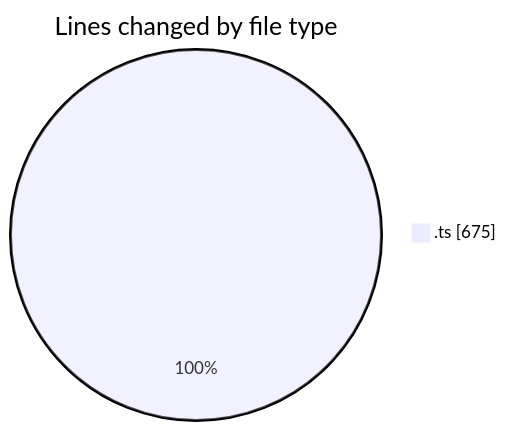
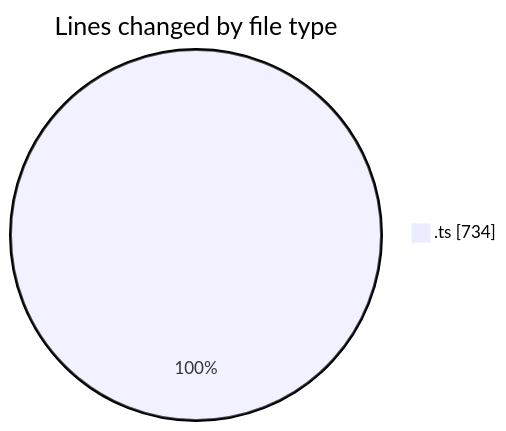
Before and after one commit to yexinjia/code-tracking: the first of 2 diagrams in 2026-07-21/repo-copilot/README.md, drawn with Mermaid. The commit also changed other lines of this file and 1 other file, not shown here.

````diff
--- a/2026-07-21/repo-copilot/README.md
+++ b/2026-07-21/repo-copilot/README.md
@@ -20,5 +20,5 @@
 ```mermaid
 pie showData
 title Lines changed by file type
-".ts" : 675
+".ts" : 734
 ```
````
